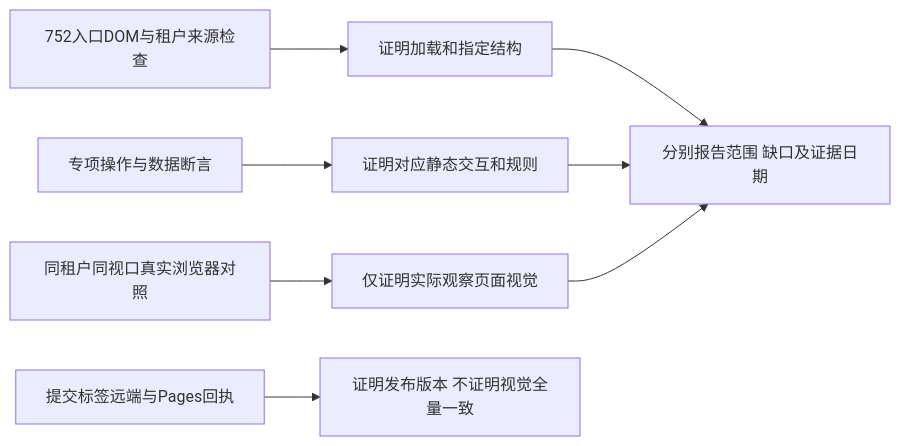
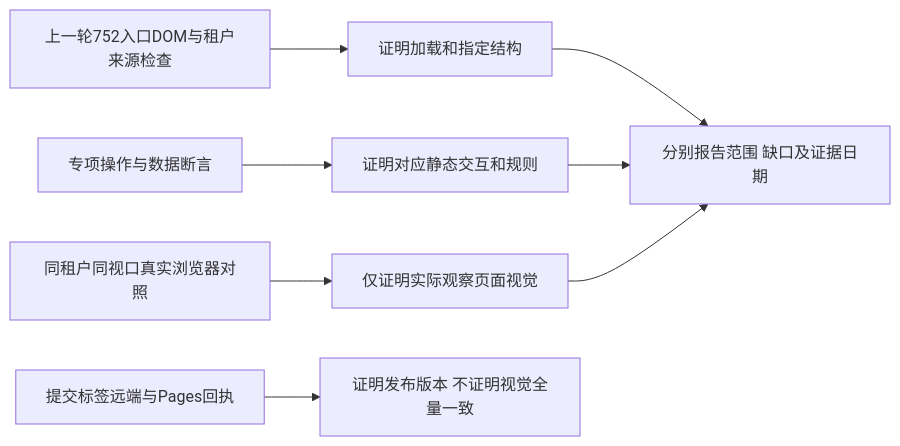
Before and after one commit to xfang9528-glitch/suiyin-admin: the ninth of 9 diagrams in flowcharts/admin-live-reference.md, drawn with Mermaid. The commit also changed other lines of this file and 94 other files, not shown here.

````diff
--- a/flowcharts/admin-live-reference.md
+++ b/flowcharts/admin-live-reference.md
@@ -173,10 +177,10 @@
 ```mermaid
 flowchart LR
-    DOM[752入口DOM与租户来源检查] --> Structure[证明加载和指定结构]
+    DOM[上一轮752入口DOM与租户来源检查] --> Structure[证明加载和指定结构]
     Flows[专项操作与数据断言] --> Behavior[证明对应静态交互和规则]
     Visual[同租户同视口真实浏览器对照] --> Pixels[仅证明实际观察页面视觉]
     Structure --> Report[分别报告范围 缺口及证据日期]
     Behavior --> Report
     Pixels --> Report
     Remote[提交标签远端与Pages回执] --> Delivery[证明发布版本 不证明视觉全量一致]
 ```
````
